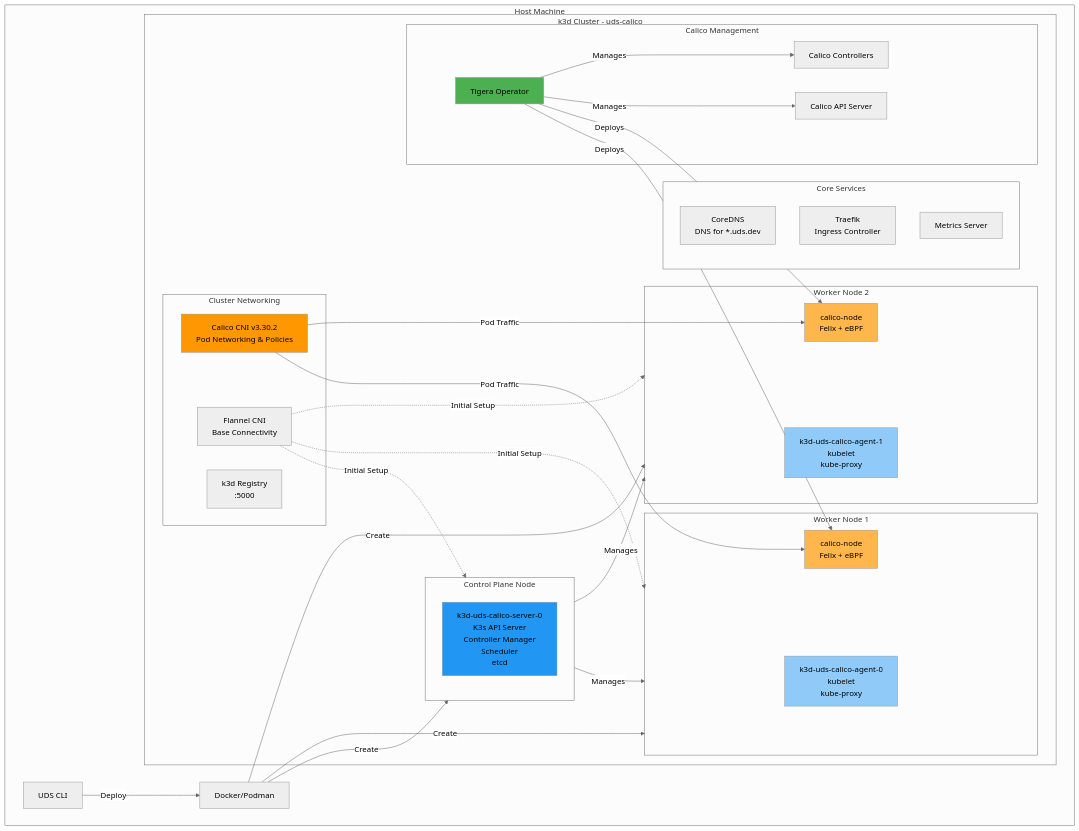
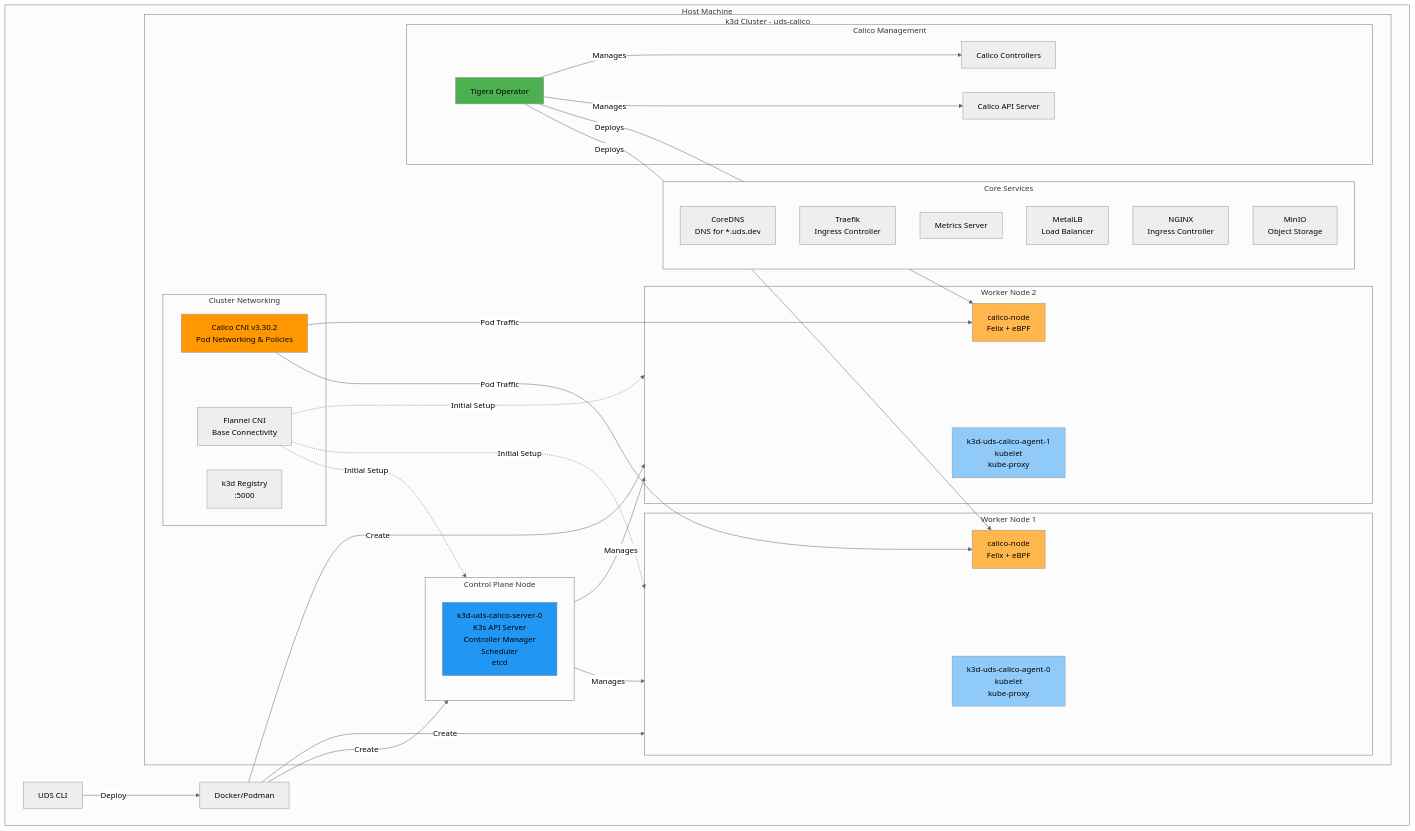
Before and after one commit to mkm29/uds-k3d-calico: the diagram in README.md, drawn with Mermaid (neutral theme). The commit also changed other lines of this file and 19 other files, not shown here.

Commit message:
feat: re-add MetalLB, NGINX, and MinIO support; update configurations and manifests for UDS developer stack

````diff
--- a/README.md
+++ b/README.md
@@ -66,69 +69,72 @@
 ```mermaid
 graph TB
     subgraph host[Host Machine]
         DOCKER[Docker/Podman]
         UDS[UDS CLI]
         
         subgraph k3d_cluster[k3d Cluster - uds-calico]
             subgraph control_plane[Control Plane Node]
                 SERVER[k3d-uds-calico-server-0<br/>K3s API Server<br/>Controller Manager<br/>Scheduler<br/>etcd]
             end
             
             subgraph worker1[Worker Node 1]
                 AGENT0[k3d-uds-calico-agent-0<br/>kubelet<br/>kube-proxy]
                 CALICO_NODE0[calico-node<br/>Felix + eBPF]
             end
             
             subgraph worker2[Worker Node 2]
                 AGENT1[k3d-uds-calico-agent-1<br/>kubelet<br/>kube-proxy]
                 CALICO_NODE1[calico-node<br/>Felix + eBPF]
             end
             
             subgraph networking[Cluster Networking]
                 FLANNEL[Flannel CNI<br/>Base Connectivity]
                 CALICO[Calico CNI v3.30.2<br/>Pod Networking & Policies]
                 REGISTRY[k3d Registry<br/>:5000]
             end
             
             subgraph services[Core Services]
                 COREDNS[CoreDNS<br/>DNS for *.uds.dev]
                 TRAEFIK[Traefik<br/>Ingress Controller]
                 METRICS[Metrics Server]
+                METALLB[MetalLB<br/>Load Balancer]
+                NGINX[NGINX<br/>Ingress Controller]
+                MINIO[MinIO<br/>Object Storage]
             end
             
             subgraph calico_mgmt[Calico Management]
                 OPERATOR[Tigera Operator]
                 APISERVER[Calico API Server]
                 CONTROLLERS[Calico Controllers]
             end
         end
     end
     
     UDS -->|Deploy| DOCKER
     DOCKER -->|Create| control_plane
     DOCKER -->|Create| worker1
     DOCKER -->|Create| worker2
     
     control_plane -->|Manages| worker1
     control_plane -->|Manages| worker2
     
     OPERATOR -->|Deploys| CALICO_NODE0
     OPERATOR -->|Deploys| CALICO_NODE1
     OPERATOR -->|Manages| APISERVER
     OPERATOR -->|Manages| CONTROLLERS
     
     FLANNEL -.->|Initial Setup| control_plane
     FLANNEL -.->|Initial Setup| worker1
     FLANNEL -.->|Initial Setup| worker2
     
     CALICO -->|Pod Traffic| CALICO_NODE0
     CALICO -->|Pod Traffic| CALICO_NODE1
     
     style SERVER fill:#2196f3
     style AGENT0 fill:#90caf9
     style AGENT1 fill:#90caf9
     style CALICO fill:#ff9800
     style CALICO_NODE0 fill:#ffb74d
     style CALICO_NODE1 fill:#ffb74d
     style OPERATOR fill:#4caf50
 ```
````
